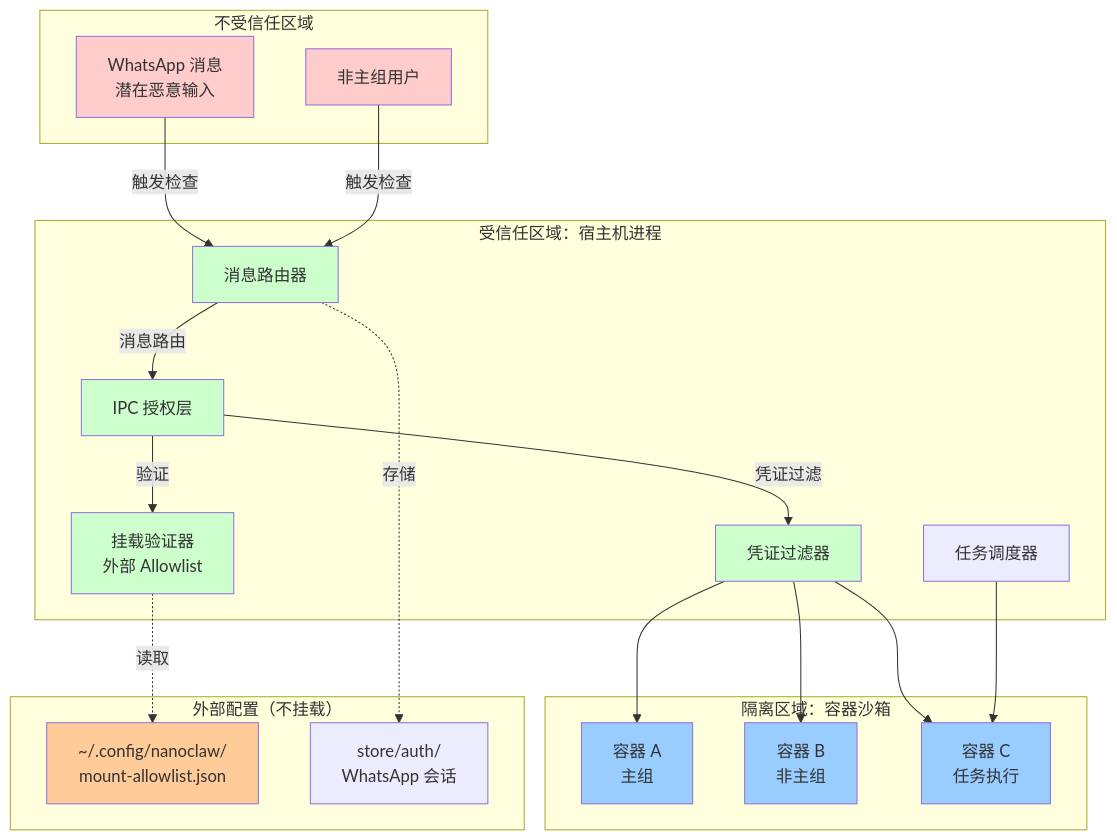
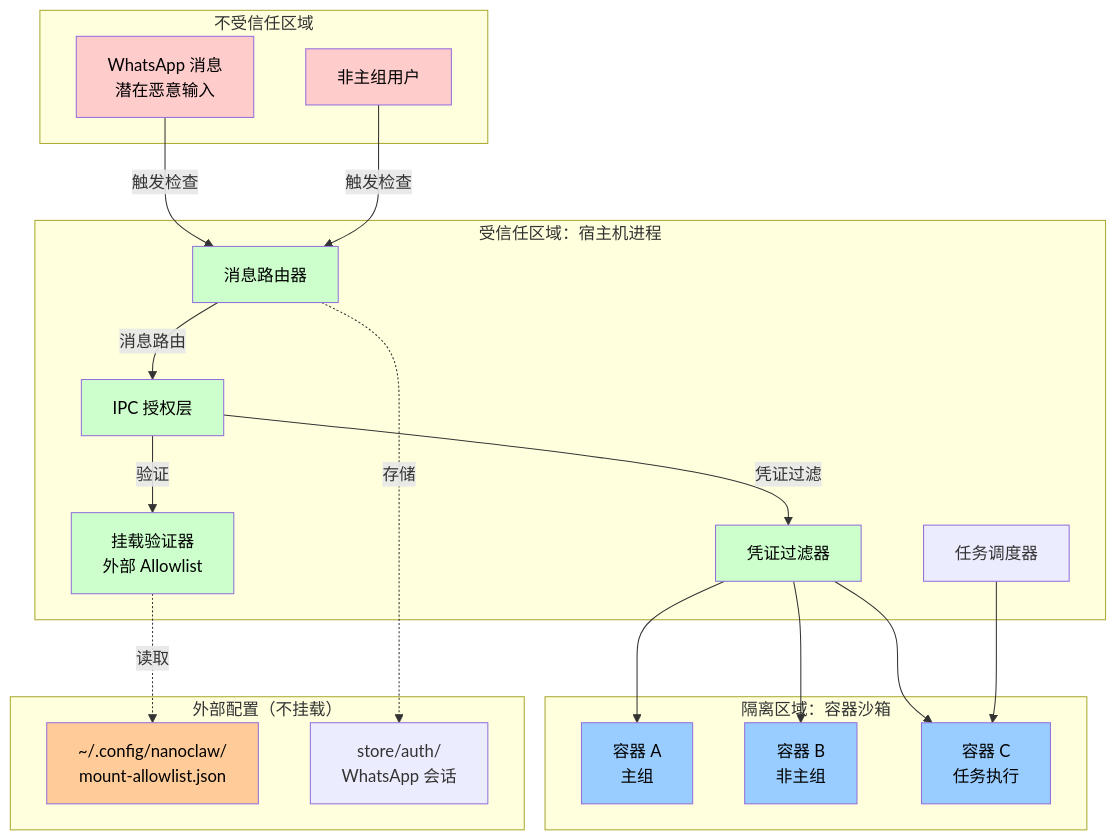
The first of 4 diagrams in analysis/30-安全设计深度解析.md (cloudyan/nanoclaw), drawn with Mermaid before and after one commit. The commit also changed other lines of this file and 1 other file, not shown here.

Commit message:
docs: improve diagram readability with explicit text color

````diff
--- a/analysis/30-安全设计深度解析.md
+++ b/analysis/30-安全设计深度解析.md
@@ -28,50 +28,50 @@
 ```mermaid
 graph TB
     subgraph "不受信任区域"
         WA["WhatsApp 消息<br/>潜在恶意输入"]
         OTHER[非主组用户]
     end
 
     subgraph "受信任区域：宿主机进程"
         ROUTER[消息路由器]
         AUTH[IPC 授权层]
         VALIDATOR["挂载验证器<br/>外部 Allowlist"]
         FILTER[凭证过滤器]
         SCHEDULER[任务调度器]
     end
 
     subgraph "隔离区域：容器沙箱"
         C1["容器 A<br/>主组"]
         C2["容器 B<br/>非主组"]
         C3["容器 C<br/>任务执行"]
     end
 
     subgraph "外部配置（不挂载）"
         ALLOW["~/.config/nanoclaw/<br/>mount-allowlist.json"]
         AUTH_STORE["store/auth/<br/>WhatsApp 会话"]
     end
 
     WA -->|触发检查| ROUTER
     OTHER -->|触发检查| ROUTER
     ROUTER -->|消息路由| AUTH
     AUTH -->|验证| VALIDATOR
     AUTH -->|凭证过滤| FILTER
     FILTER --> C1
     FILTER --> C2
     FILTER --> C3
     SCHEDULER --> C3
 
     VALIDATOR -.->|读取| ALLOW
     ROUTER -.->|存储| AUTH_STORE
 
-    style WA fill:#ffcccc
-    style OTHER fill:#ffcccc
-    style ROUTER fill:#ccffcc
-    style AUTH fill:#ccffcc
-    style VALIDATOR fill:#ccffcc
-    style FILTER fill:#ccffcc
-    style ALLOW fill:#ffcc99
-    style C1 fill:#99ccff
-    style C2 fill:#99ccff
-    style C3 fill:#99ccff
+    style WA fill:#ffcccc,color:#000000
+    style OTHER fill:#ffcccc,color:#000000
+    style ROUTER fill:#ccffcc,color:#000000
+    style AUTH fill:#ccffcc,color:#000000
+    style VALIDATOR fill:#ccffcc,color:#000000
+    style FILTER fill:#ccffcc,color:#000000
+    style ALLOW fill:#ffcc99,color:#000000
+    style C1 fill:#99ccff,color:#000000
+    style C2 fill:#99ccff,color:#000000
+    style C3 fill:#99ccff,color:#000000
 ```
````
